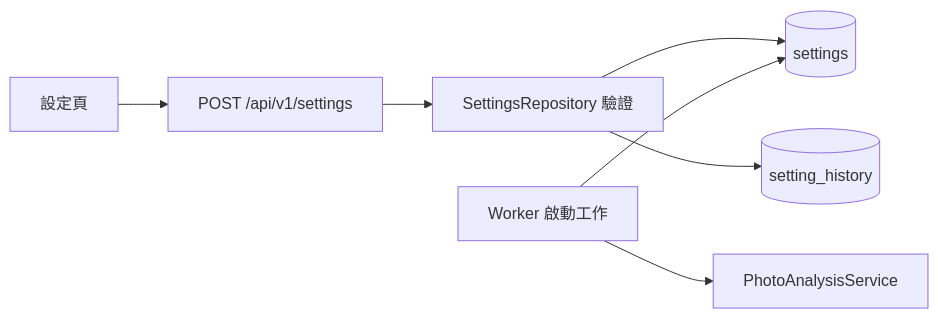
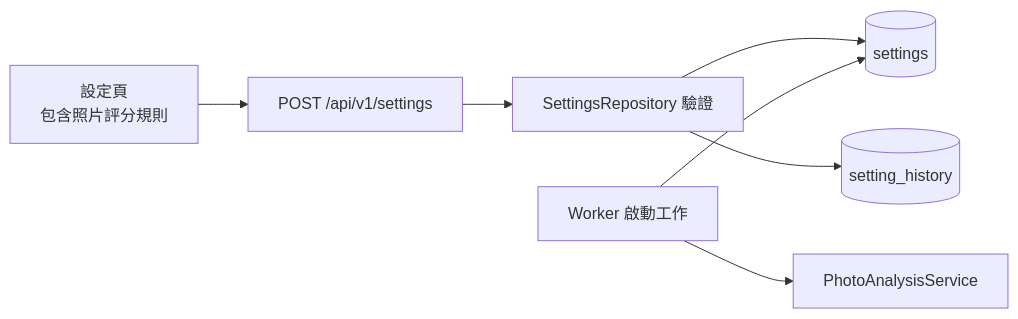
Before and after one commit to steven87090799/InkTime: the third of 3 diagrams in docs/ARCHITECTURE_ZH_TW.md, drawn with Mermaid. The commit also changed other lines of this file and 12 other files, not shown here.

````diff
--- a/docs/ARCHITECTURE_ZH_TW.md
+++ b/docs/ARCHITECTURE_ZH_TW.md
@@ -127,9 +130,9 @@
 ```mermaid
 flowchart LR
-    SETTINGS_UI["設定頁"] --> SETTINGS_API["POST /api/v1/settings"]
+    SETTINGS_UI["設定頁<br/>包含照片評分規則"] --> SETTINGS_API["POST /api/v1/settings"]
     SETTINGS_API --> VALIDATE["SettingsRepository 驗證"]
     VALIDATE --> SETTINGS_DB[("settings")]
     VALIDATE --> HISTORY[("setting_history")]
     WORKER["Worker 啟動工作"] --> SETTINGS_DB
     WORKER --> ANALYSIS["PhotoAnalysisService"]
 ```
````
